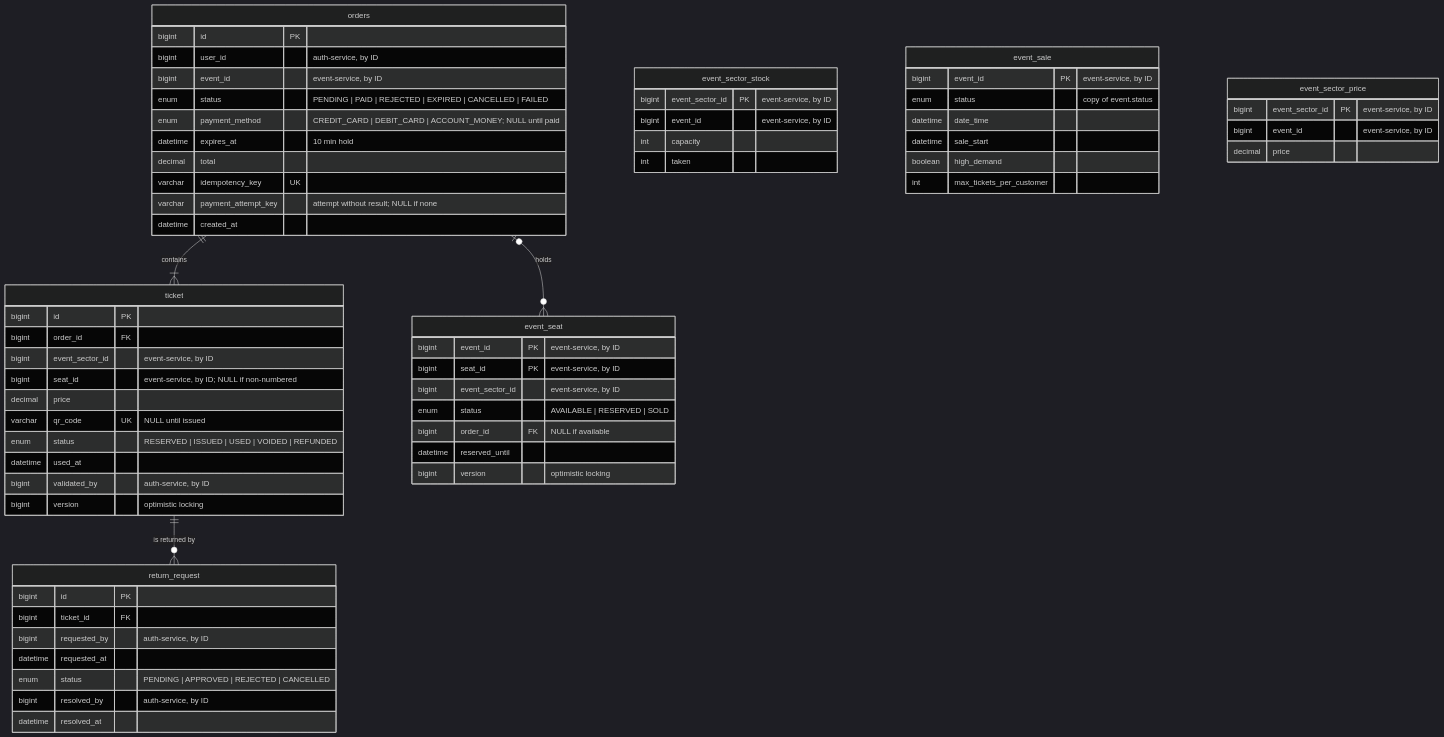
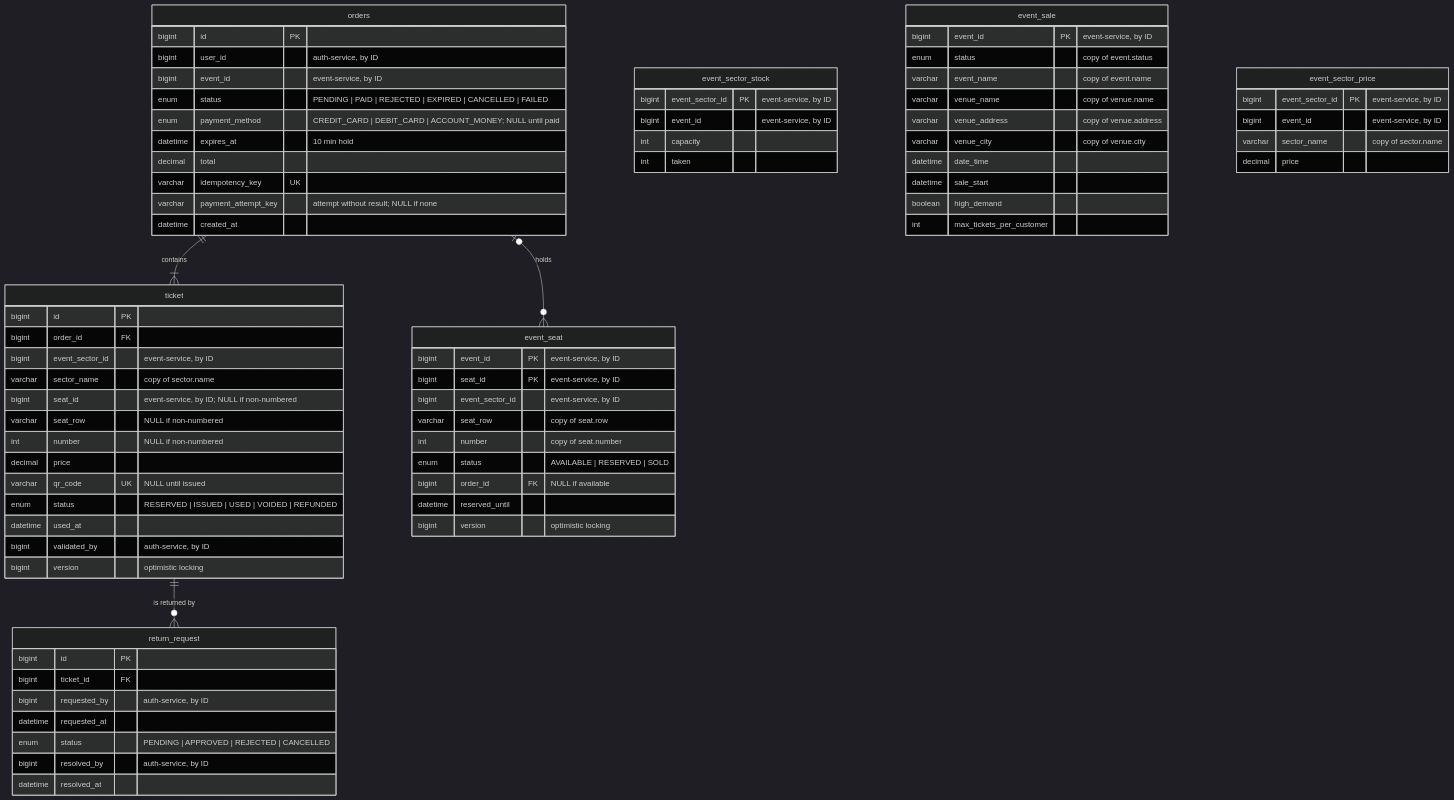
One commit to joaquinblock/TicketYa changed the diagram in docs/architecture/ticket-service.md. Above: the diagram before and after it, drawn with Mermaid (dark theme). The commit also changed other lines of this file and 10 other files, not shown here.

First line of the commit message:
Document how to run Entrega 1, the purchase sequence and the finish job

````diff
--- a/docs/architecture/ticket-service.md
+++ b/docs/architecture/ticket-service.md
@@ -9,68 +9,78 @@
 ```mermaid
 erDiagram
     orders ||--|{ ticket : "contains"
     orders |o--o{ event_seat : "holds"
     ticket ||--o{ return_request : "is returned by"
 
     orders {
         bigint id PK
         bigint user_id "auth-service, by ID"
         bigint event_id "event-service, by ID"
         enum status "PENDING | PAID | REJECTED | EXPIRED | CANCELLED | FAILED"
         enum payment_method "CREDIT_CARD | DEBIT_CARD | ACCOUNT_MONEY; NULL until paid"
         datetime expires_at "10 min hold"
         decimal total
         varchar idempotency_key UK
         varchar payment_attempt_key "attempt without result; NULL if none"
         datetime created_at
     }
     event_seat {
         bigint event_id PK "event-service, by ID"
         bigint seat_id PK "event-service, by ID"
         bigint event_sector_id "event-service, by ID"
+        varchar seat_row "copy of seat.row"
+        int number "copy of seat.number"
         enum status "AVAILABLE | RESERVED | SOLD"
         bigint order_id FK "NULL if available"
         datetime reserved_until
         bigint version "optimistic locking"
     }
     event_sector_stock {
         bigint event_sector_id PK "event-service, by ID"
         bigint event_id "event-service, by ID"
         int capacity
         int taken
     }
     event_sale {
         bigint event_id PK "event-service, by ID"
         enum status "copy of event.status"
+        varchar event_name "copy of event.name"
+        varchar venue_name "copy of venue.name"
+        varchar venue_address "copy of venue.address"
+        varchar venue_city "copy of venue.city"
         datetime date_time
         datetime sale_start
         boolean high_demand
         int max_tickets_per_customer
     }
     event_sector_price {
         bigint event_sector_id PK "event-service, by ID"
         bigint event_id "event-service, by ID"
+        varchar sector_name "copy of sector.name"
         decimal price
     }
     ticket {
         bigint id PK
         bigint order_id FK
         bigint event_sector_id "event-service, by ID"
+        varchar sector_name "copy of sector.name"
         bigint seat_id "event-service, by ID; NULL if non-numbered"
+        varchar seat_row "NULL if non-numbered"
+        int number "NULL if non-numbered"
         decimal price
         varchar qr_code UK "NULL until issued"
         enum status "RESERVED | ISSUED | USED | VOIDED | REFUNDED"
         datetime used_at
         bigint validated_by "auth-service, by ID"
         bigint version "optimistic locking"
     }
     return_request {
         bigint id PK
         bigint ticket_id FK
         bigint requested_by "auth-service, by ID"
         datetime requested_at
         enum status "PENDING | APPROVED | REJECTED | CANCELLED"
         bigint resolved_by "auth-service, by ID"
         datetime resolved_at
     }
 ```
````
